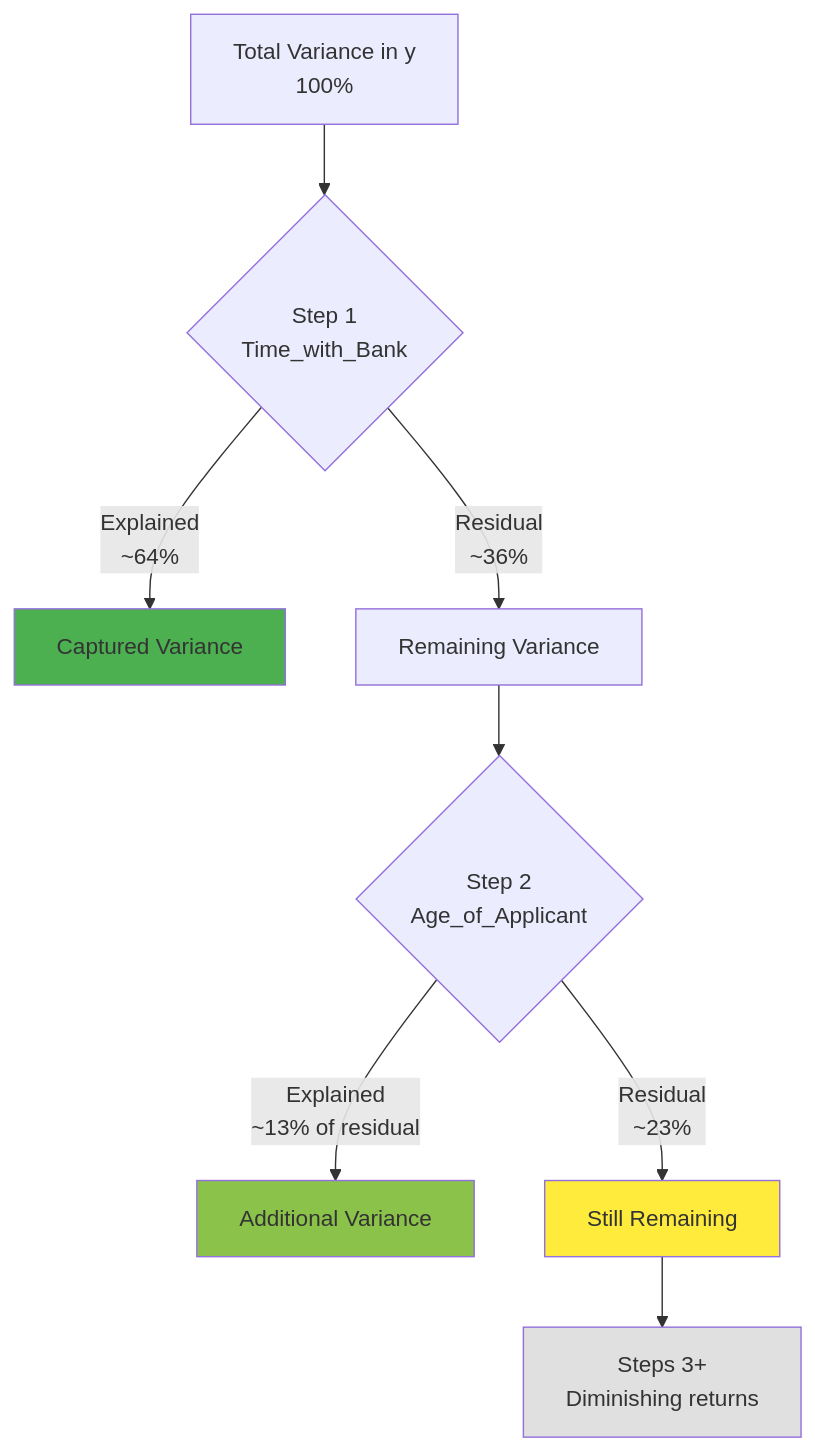
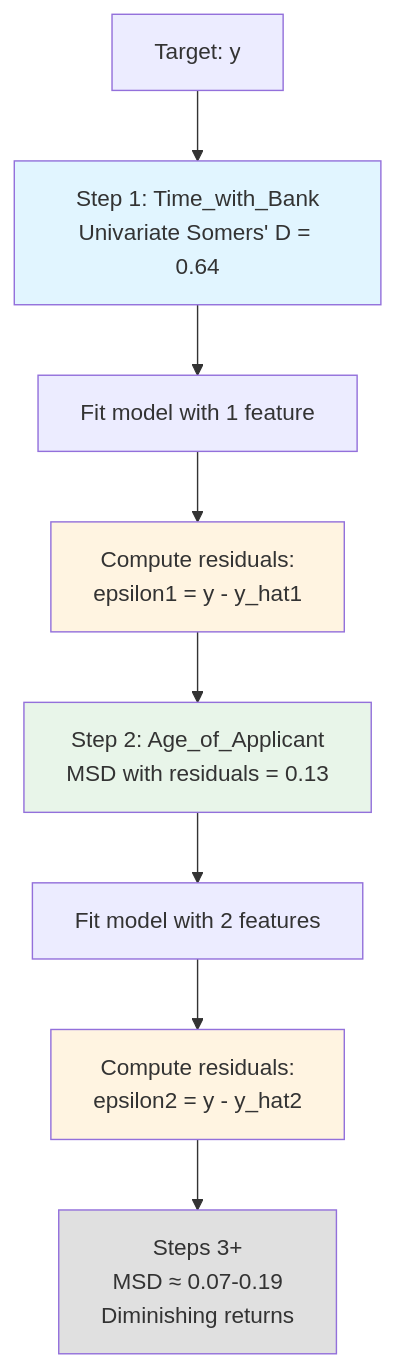
Before and after one commit to xRiskLab/fastwoe: the second of 2 diagrams in docs/marginal_somersd_guide.md, drawn with Mermaid. The commit also changed other lines of this file, not shown here.

Commit message:
Improve MSD history diagram with clearer flow and explanation

````diff
--- a/docs/marginal_somersd_guide.md
+++ b/docs/marginal_somersd_guide.md
@@ -136,14 +136,15 @@
 ```mermaid
 graph TD
-    Total[Total Variance in y<br/>100%] --> Step1{Step 1<br/>Time_with_Bank}
-    Step1 -->|Explained<br/>~64%| Explained1[Captured Variance]
-    Step1 -->|Residual<br/>~36%| Residual1[Remaining Variance]
-    Residual1 --> Step2{Step 2<br/>Age_of_Applicant}
-    Step2 -->|Explained<br/>~13% of residual| Explained2[Additional Variance]
-    Step2 -->|Residual<br/>~23%| Residual2[Still Remaining]
-    Residual2 --> Step3[Steps 3+<br/>Diminishing returns]
-    style Explained1 fill:#4caf50
-    style Explained2 fill:#8bc34a
-    style Residual2 fill:#ffeb3b
+    Start[Target: y] --> Step1[Step 1: Time_with_Bank<br/>Univariate Somers' D = 0.64]
+    Step1 --> Model1[Fit model with 1 feature]
+    Model1 --> Resid1[Compute residuals:<br/>epsilon1 = y - y_hat1]
+    Resid1 --> Step2[Step 2: Age_of_Applicant<br/>MSD with residuals = 0.13]
+    Step2 --> Model2[Fit model with 2 features]
+    Model2 --> Resid2[Compute residuals:<br/>epsilon2 = y - y_hat2]
+    Resid2 --> Step3[Steps 3+<br/>MSD ≈ 0.07-0.19<br/>Diminishing returns]
+    style Step1 fill:#e1f5ff
+    style Resid1 fill:#fff4e1
+    style Step2 fill:#e8f5e9
+    style Resid2 fill:#fff4e1
     style Step3 fill:#e0e0e0
 ```
````
